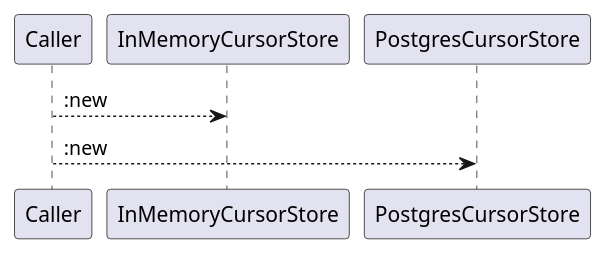
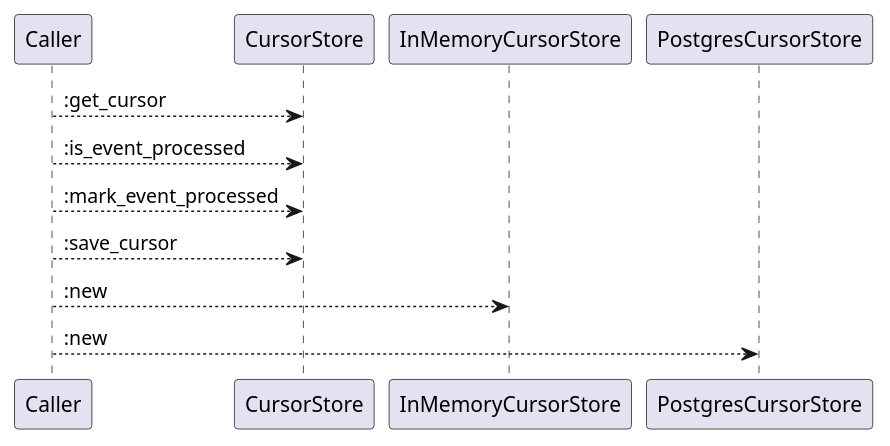
The fifth of 6 diagrams in openwiki/crates_factory_infrastructure_src_cursor_store.md (lgcorzo/rust_CACD_autonomous_factory), drawn with PlantUML before and after one commit. The commit also changed other lines of this file and 96 other files, not shown here.

````diff
--- a/openwiki/crates_factory_infrastructure_src_cursor_store.md
+++ b/openwiki/crates_factory_infrastructure_src_cursor_store.md
@@ -209,7 +333,11 @@
 ```plantuml
 @startuml
+Caller --> CursorStore::get_cursor
+Caller --> CursorStore::is_event_processed
+Caller --> CursorStore::mark_event_processed
+Caller --> CursorStore::save_cursor
 Caller --> InMemoryCursorStore::new
 Caller --> PostgresCursorStore::new
 @enduml
 
 ```
````
